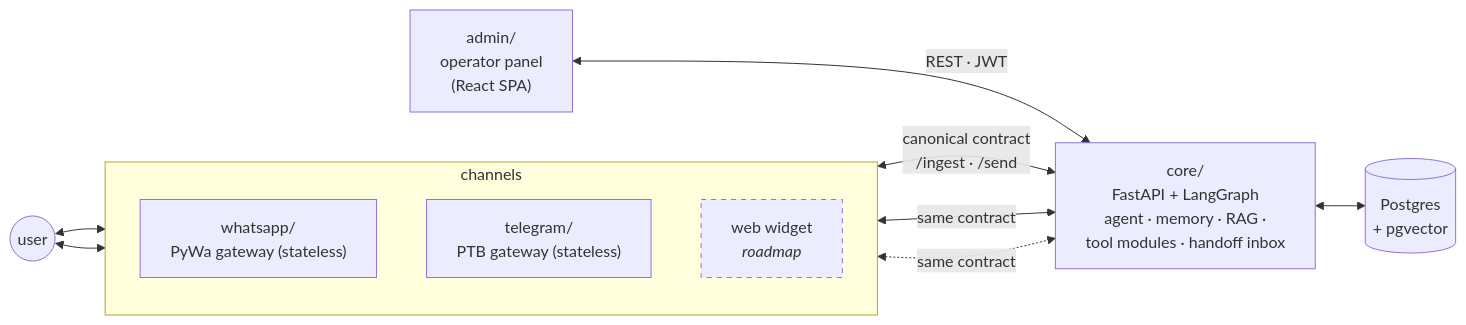
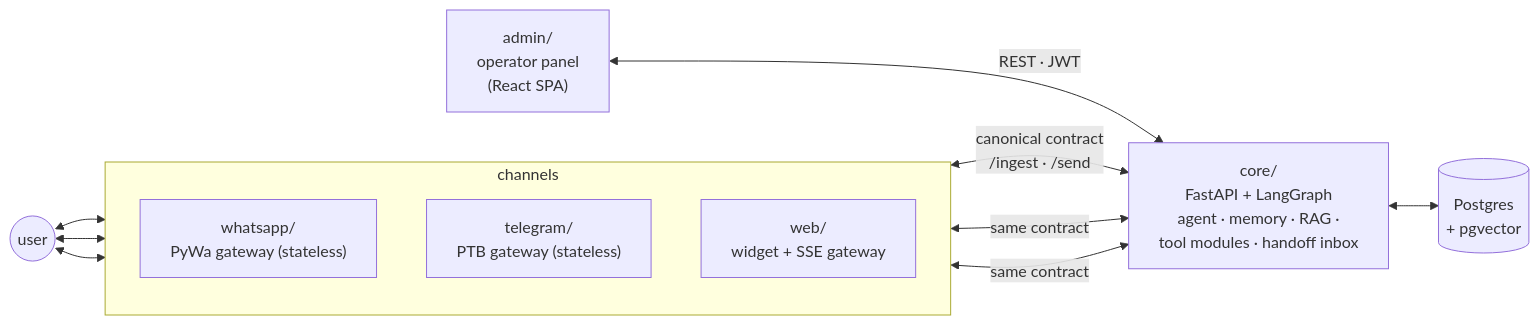
One commit to chasqui-stack/chasqui changed the diagram in README.md. Above: the diagram before and after it, drawn with Mermaid. The commit also changed other lines of this file and 2 other files, not shown here.

First line of the commit message:
docs: WEB-SETUP guide + web channel in README/AGENTS (shipped, not roadmap)

````diff
--- a/README.md
+++ b/README.md
@@ -73,25 +76,24 @@
 ```mermaid
 flowchart LR
     U((user)) <--> WA
     U <--> TG
+    U <--> WEB
 
     subgraph CH [channels]
         direction TB
         WA["whatsapp/<br/>PyWa gateway (stateless)"]
         TG["telegram/<br/>PTB gateway (stateless)"]
-        WEB["web widget<br/><i>roadmap</i>"]
+        WEB["web/<br/>widget + SSE gateway"]
     end
 
     WA <-->|"canonical contract<br/>/ingest · /send"| CORE
     TG <-->|same contract| CORE
-    WEB <-.->|same contract| CORE
+    WEB <-->|same contract| CORE
 
     CORE["core/<br/>FastAPI + LangGraph<br/>agent · memory · RAG ·<br/>tool modules · handoff inbox"]
     DB[("Postgres<br/>+ pgvector")]
     ADMIN["admin/<br/>operator panel<br/>(React SPA)"]
 
     CORE <--> DB
     ADMIN <-->|REST · JWT| CORE
-
-    style WEB stroke-dasharray: 5 5
 ```
````
